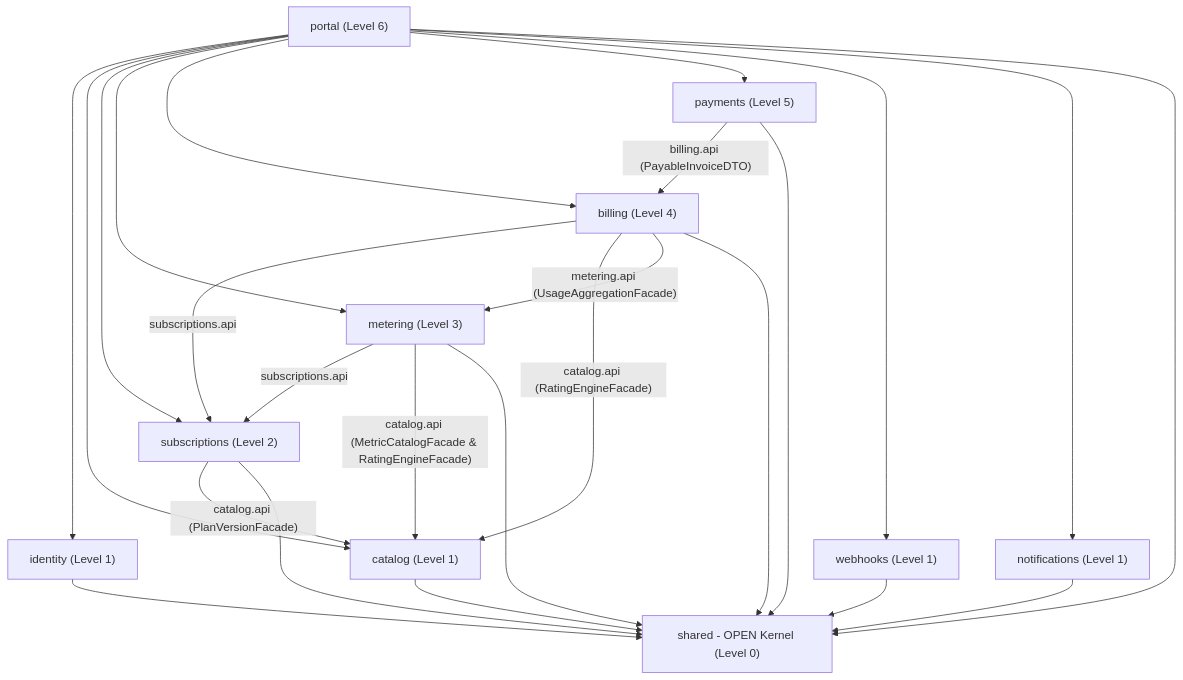
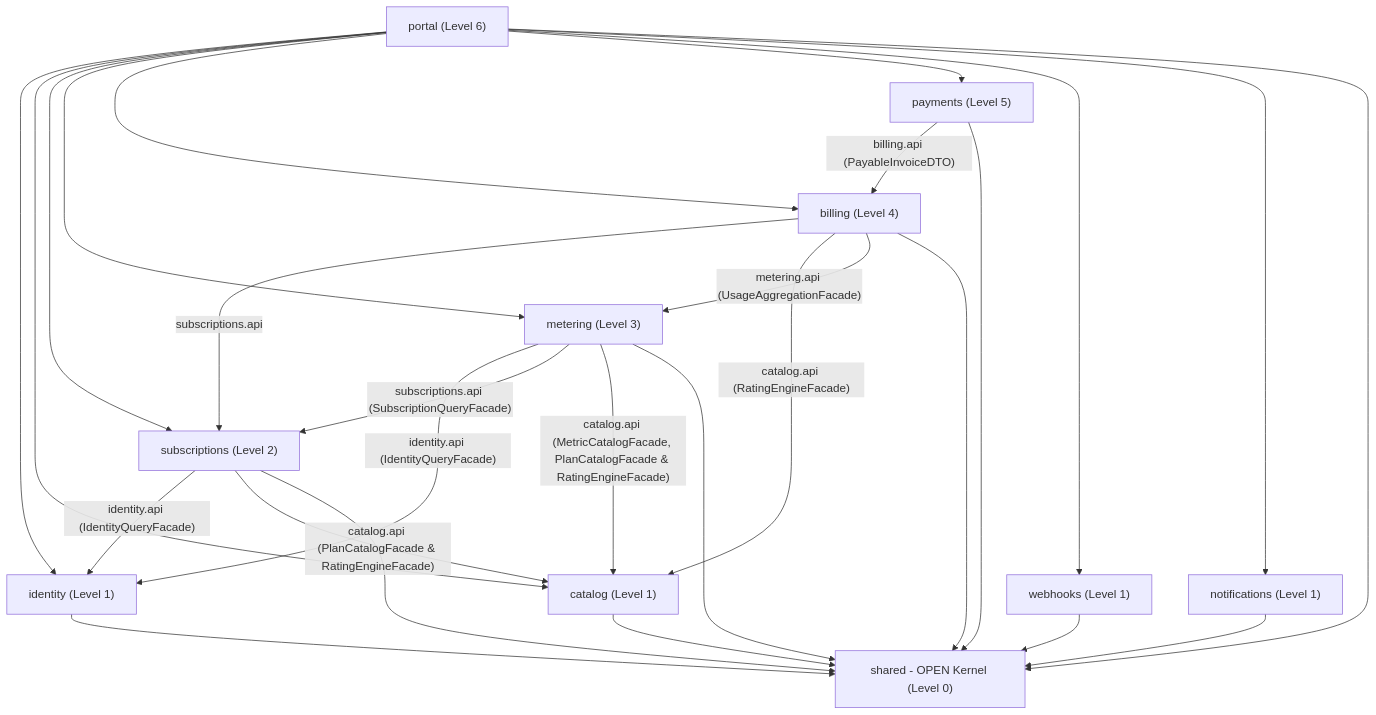
One commit to arman07k/MeterFlow changed the first of 2 diagrams in docs/architecture/MODULE_BOUNDARIES.md. Above: the diagram before and after it, drawn with Mermaid. The commit also changed other lines of this file and 496 other files, not shown here.

````diff
--- a/docs/architecture/MODULE_BOUNDARIES.md
+++ b/docs/architecture/MODULE_BOUNDARIES.md
@@ -43,40 +43,42 @@
 ```mermaid
 flowchart TD
     Portal["portal (Level 6)"]
     Payments["payments (Level 5)"]
     Billing["billing (Level 4)"]
     Metering["metering (Level 3)"]
     Subscriptions["subscriptions (Level 2)"]
     Identity["identity (Level 1)"]
     Catalog["catalog (Level 1)"]
     Webhooks["webhooks (Level 1)"]
     Notifications["notifications (Level 1)"]
     Shared["shared - OPEN Kernel (Level 0)"]
 
     Portal --> Identity
     Portal --> Catalog
     Portal --> Subscriptions
     Portal --> Metering
     Portal --> Billing
     Portal --> Payments
     Portal --> Webhooks
     Portal --> Notifications
 
     Payments -->|"billing.api (PayableInvoiceDTO)"| Billing
     Billing -->|"subscriptions.api"| Subscriptions
     Billing -->|"catalog.api (RatingEngineFacade)"| Catalog
     Billing -->|"metering.api (UsageAggregationFacade)"| Metering
-    Metering -->|"subscriptions.api"| Subscriptions
-    Metering -->|"catalog.api (MetricCatalogFacade & RatingEngineFacade)"| Catalog
-    Subscriptions -->|"catalog.api (PlanVersionFacade)"| Catalog
+    Metering -->|"identity.api (IdentityQueryFacade)"| Identity
+    Metering -->|"subscriptions.api (SubscriptionQueryFacade)"| Subscriptions
+    Metering -->|"catalog.api (MetricCatalogFacade, PlanCatalogFacade & RatingEngineFacade)"| Catalog
+    Subscriptions -->|"identity.api (IdentityQueryFacade)"| Identity
+    Subscriptions -->|"catalog.api (PlanCatalogFacade & RatingEngineFacade)"| Catalog
 
     Portal --> Shared
     Payments --> Shared
     Billing --> Shared
     Metering --> Shared
     Subscriptions --> Shared
     Identity --> Shared
     Catalog --> Shared
     Webhooks --> Shared
     Notifications --> Shared
 ```
````
